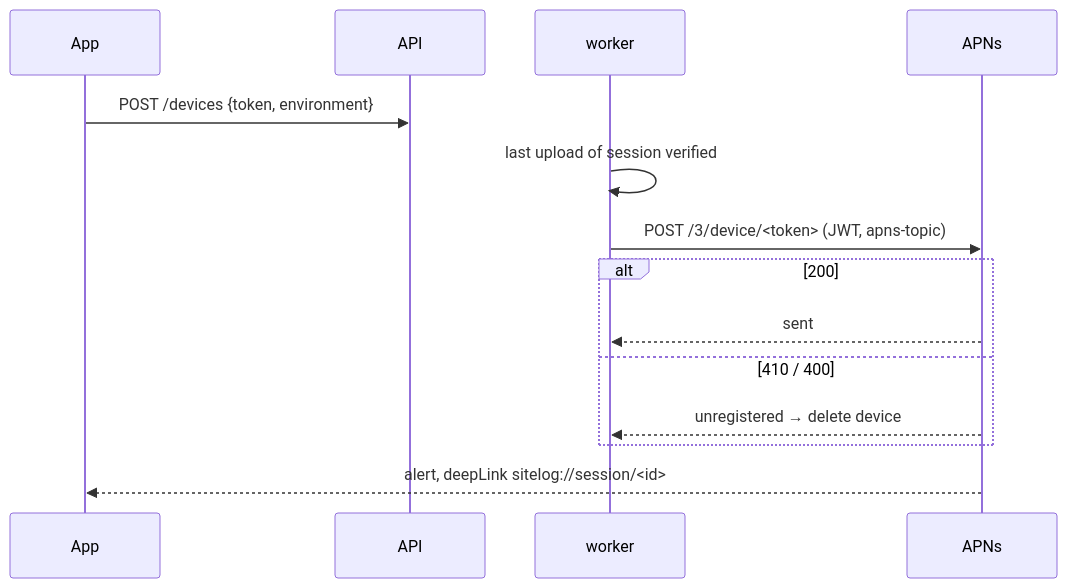
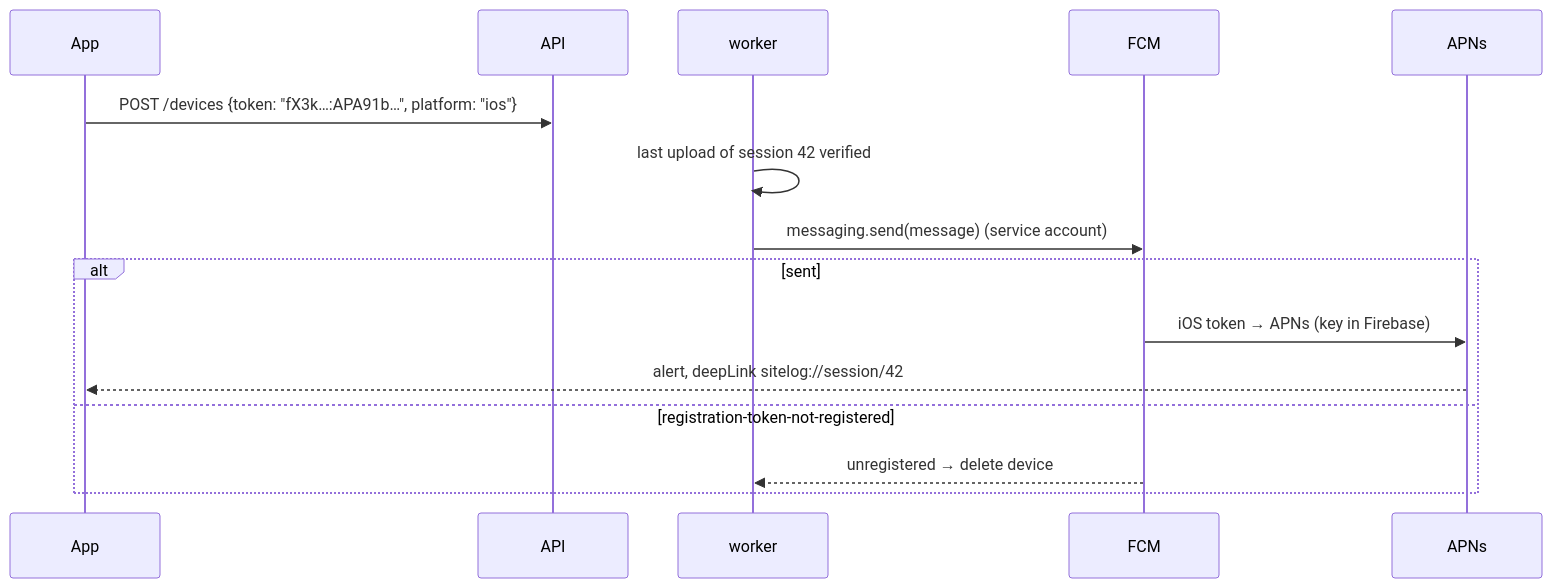
One commit to DAMHONGDUC/site-log-be changed the diagram in docs/feature-guide/S8-realtime-push/F16-push.md. Above: the diagram before and after it, drawn with Mermaid. The commit also changed other lines of this file, not shown here.

First line of the commit message:
docs: push - Firebase Cloud Messaging sender for both apps · F16-push.md (4/8)

````diff
--- a/docs/feature-guide/S8-realtime-push/F16-push.md
+++ b/docs/feature-guide/S8-realtime-push/F16-push.md
@@ -37,16 +37,17 @@
 ```mermaid
 sequenceDiagram
     participant App
     participant API
     participant W as worker
+    participant FCM
     participant APNs
-    App->>API: POST /devices {token, environment}
-    W->>W: last upload of session verified
-    W->>APNs: POST /3/device/<token> (JWT, apns-topic)
-    alt 200
-        APNs-->>W: sent
-    else 410 / 400
-        APNs-->>W: unregistered → delete device
+    App->>API: POST /devices {token: "fX3k…:APA91b…", platform: "ios"}
+    W->>W: last upload of session 42 verified
+    W->>FCM: messaging.send(message) (service account)
+    alt sent
+        FCM->>APNs: iOS token → APNs (key in Firebase)
+        APNs-->>App: alert, deepLink sitelog://session/42
+    else registration-token-not-registered
+        FCM-->>W: unregistered → delete device
     end
-    APNs-->>App: alert, deepLink sitelog://session/<id>
 ```
````
